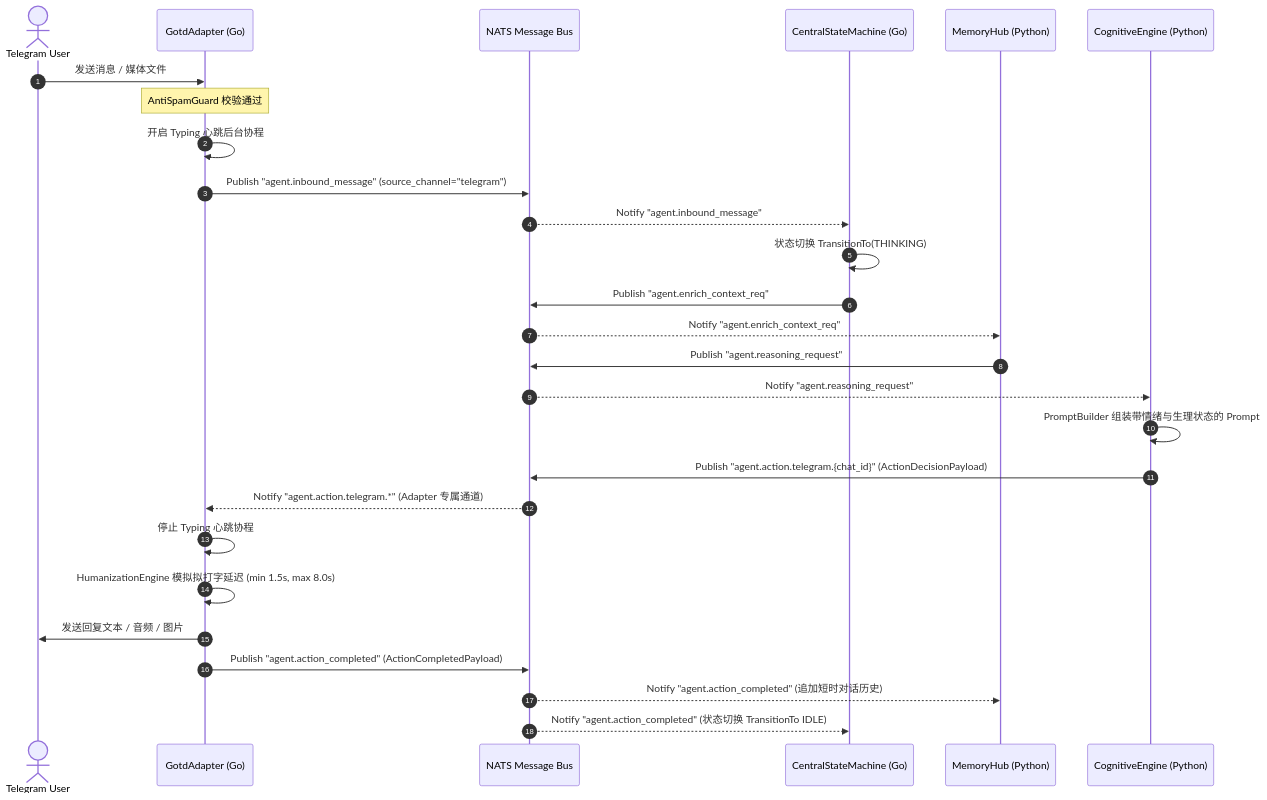
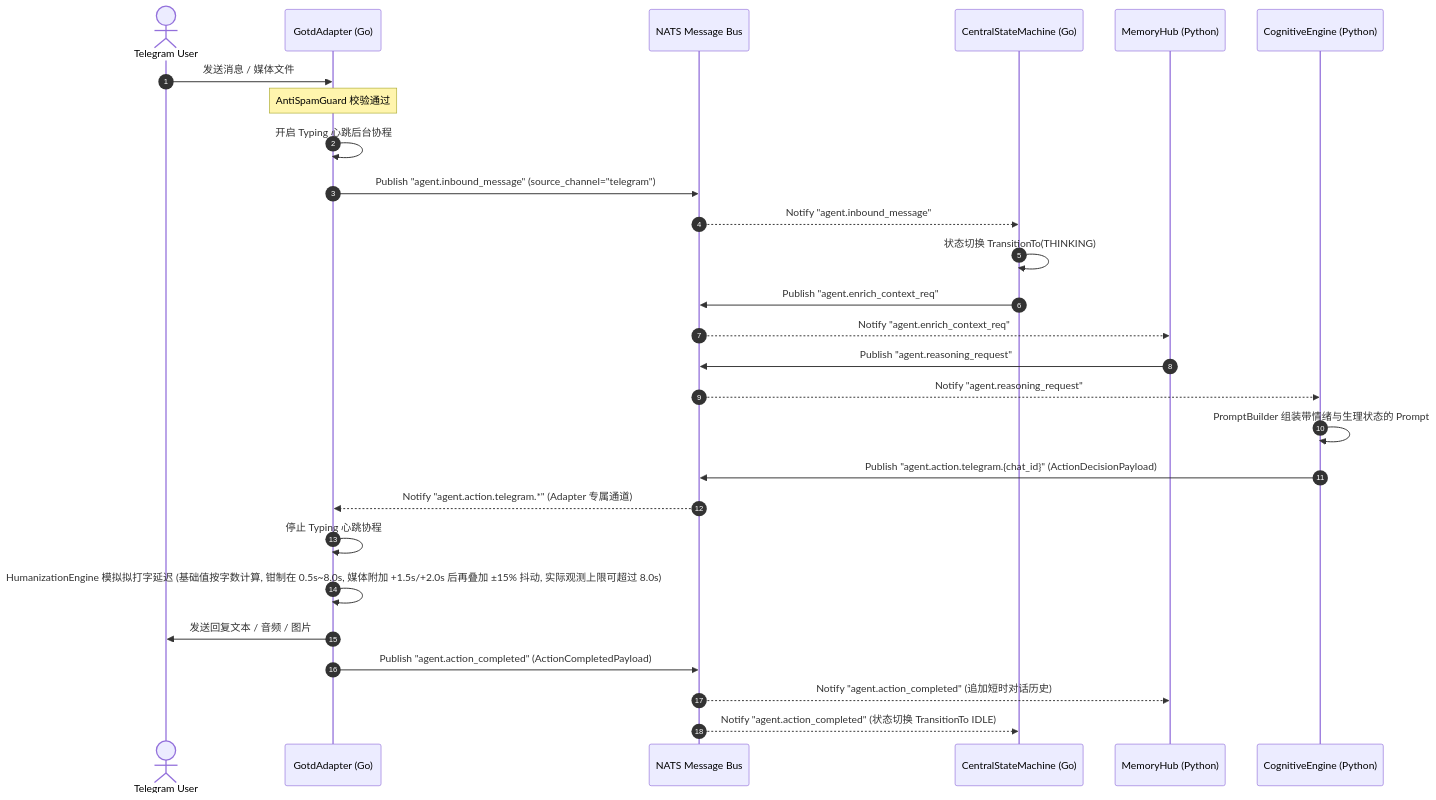
The fourth of 12 diagrams in docs/ARCHITECTURE.md (hpkm2635/BetterAgent), drawn with Mermaid before and after one commit. The commit also changed other lines of this file, not shown here.

First line of the commit message:
docs(architecture): sync diagrams and subject table with actual code state

````diff
--- a/docs/ARCHITECTURE.md
+++ b/docs/ARCHITECTURE.md
@@ -193,35 +193,35 @@
 ```mermaid
 sequenceDiagram
     autonumber
     actor User as Telegram User
     participant Adapter as GotdAdapter (Go)
     participant NATS as NATS Message Bus
     participant CSM as CentralStateMachine (Go)
     participant Memory as MemoryHub (Python)
     participant Cog as CognitiveEngine (Python)
 
     User->>Adapter: 发送消息 / 媒体文件
     Note over Adapter: AntiSpamGuard 校验通过
     Adapter->>Adapter: 开启 Typing 心跳后台协程
     Adapter->>NATS: Publish "agent.inbound_message" (source_channel="telegram")
     
     NATS-->>CSM: Notify "agent.inbound_message"
     CSM->>CSM: 状态切换 TransitionTo(THINKING)
     CSM->>NATS: Publish "agent.enrich_context_req"
     
     NATS-->>Memory: Notify "agent.enrich_context_req"
     Memory->>NATS: Publish "agent.reasoning_request"
 
     NATS-->>Cog: Notify "agent.reasoning_request"
     Cog->>Cog: PromptBuilder 组装带情绪与生理状态的 Prompt
     Cog->>NATS: Publish "agent.action.telegram.{chat_id}" (ActionDecisionPayload)
     
     NATS-->>Adapter: Notify "agent.action.telegram.*" (Adapter 专属通道)
     Adapter->>Adapter: 停止 Typing 心跳协程
-    Adapter->>Adapter: HumanizationEngine 模拟拟打字延迟 (min 1.5s, max 8.0s)
+    Adapter->>Adapter: HumanizationEngine 模拟拟打字延迟 (基础值按字数计算, 钳制在 0.5s~8.0s, 媒体附加 +1.5s/+2.0s 后再叠加 ±15% 抖动, 实际观测上限可超过 8.0s)
     Adapter->>User: 发送回复文本 / 音频 / 图片
     Adapter->>NATS: Publish "agent.action_completed" (ActionCompletedPayload)
 
     NATS-->>Memory: Notify "agent.action_completed" (追加短时对话历史)
     NATS-->>CSM: Notify "agent.action_completed" (状态切换 TransitionTo IDLE)
 ```
````
